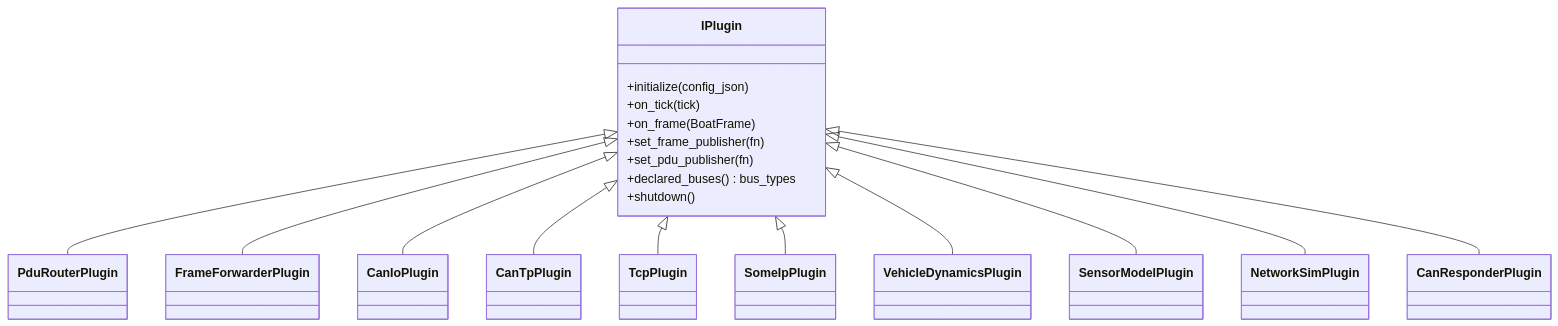
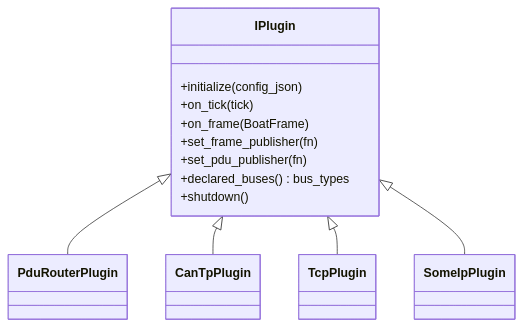
The first of 5 diagrams in boat-platform/docs/diagrams/class-diagrams.md (AlexTech-stack/BoAt), drawn with Mermaid before and after one commit. The commit also changed other lines of this file and 10 other files, not shown here.

````diff
--- a/boat-platform/docs/diagrams/class-diagrams.md
+++ b/boat-platform/docs/diagrams/class-diagrams.md
@@ -5,33 +5,21 @@
 ```mermaid
 classDiagram
     class IPlugin {
       +initialize(config_json)
       +on_tick(tick)
       +on_frame(BoatFrame)
       +set_frame_publisher(fn)
       +set_pdu_publisher(fn)
       +declared_buses() bus_types
       +shutdown()
     }
     class PduRouterPlugin
-    class FrameForwarderPlugin
-    class CanIoPlugin
     class CanTpPlugin
     class TcpPlugin
     class SomeIpPlugin
-    class VehicleDynamicsPlugin
-    class SensorModelPlugin
-    class NetworkSimPlugin
-    class CanResponderPlugin
 
     IPlugin <|-- PduRouterPlugin
-    IPlugin <|-- FrameForwarderPlugin
-    IPlugin <|-- CanIoPlugin
     IPlugin <|-- CanTpPlugin
     IPlugin <|-- TcpPlugin
     IPlugin <|-- SomeIpPlugin
-    IPlugin <|-- VehicleDynamicsPlugin
-    IPlugin <|-- SensorModelPlugin
-    IPlugin <|-- NetworkSimPlugin
-    IPlugin <|-- CanResponderPlugin
 ```
````
